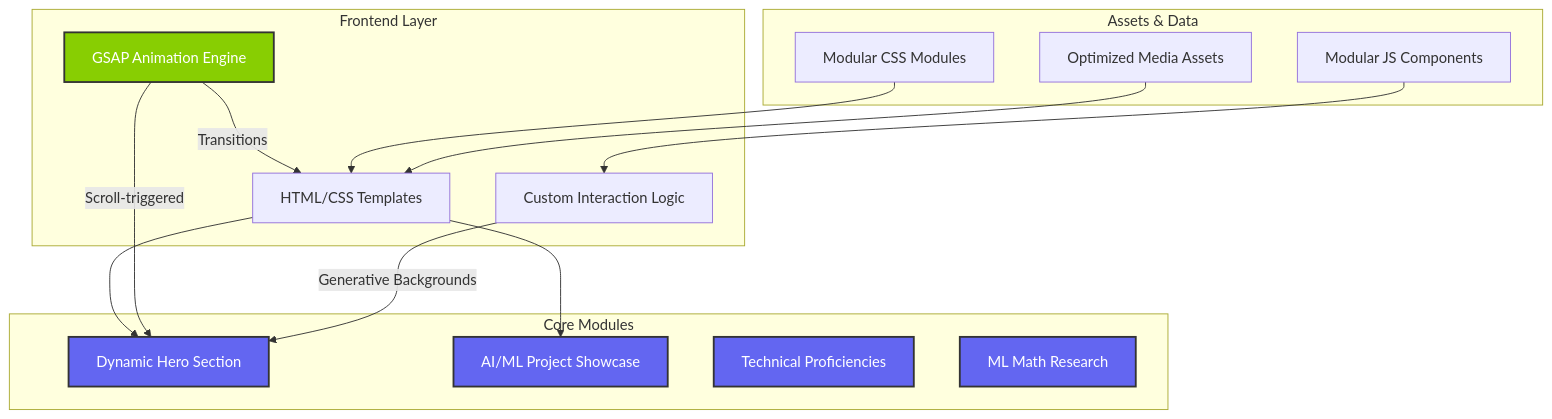
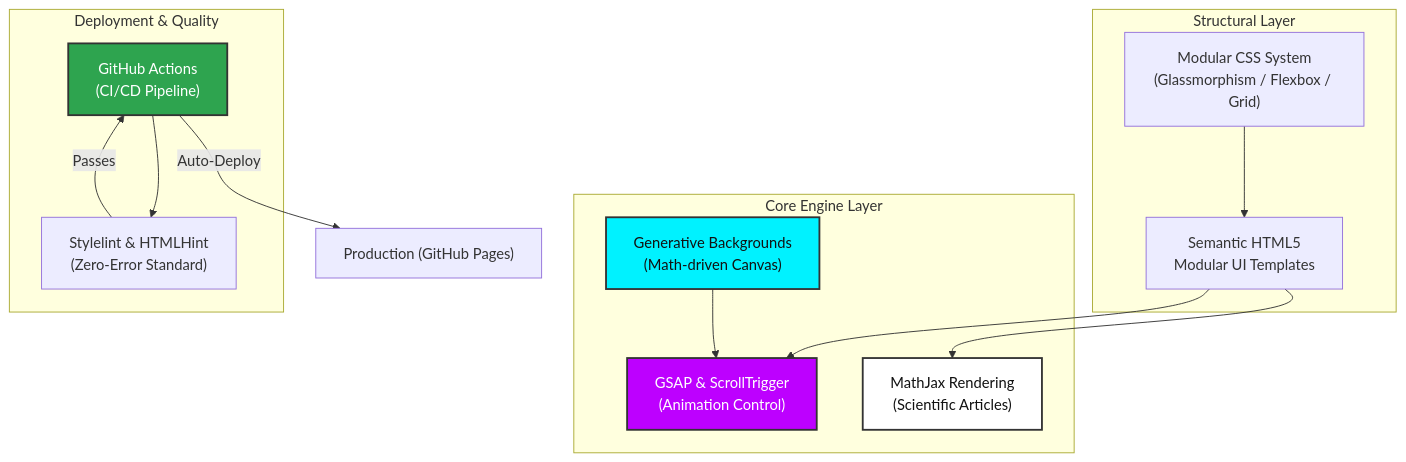
The first of 2 diagrams in README.md (Khanz9664/portfolio), drawn with Mermaid before and after one commit. The commit also changed other lines of this file, not shown here.

````diff
--- a/README.md
+++ b/README.md
@@ -35,36 +35,31 @@
 ```mermaid
 graph TD
-    subgraph "Frontend Layer"
-        UI["HTML/CSS Templates"]
-        GSAP["GSAP Animation Engine"]
-        JS["Custom Interaction Logic"]
+    subgraph "Core Engine Layer"
+        GSAP["GSAP & ScrollTrigger<br/>(Animation Control)"]
+        CanvasJS["Generative Backgrounds<br/>(Math-driven Canvas)"]
+        MathJax["MathJax Rendering<br/>(Scientific Articles)"]
     end
 
-    subgraph "Core Modules"
-        Hero["Dynamic Hero Section"]
-        Projects["AI/ML Project Showcase"]
-        Skills["Technical Proficiencies"]
-        Articles["ML Math Research"]
+    subgraph "Structural Layer"
+        HTML5["Semantic HTML5<br/>Modular UI Templates"]
+        CSS3["Modular CSS System<br/>(Glassmorphism / Flexbox / Grid)"]
     end
 
-    subgraph "Assets & Data"
-        Styles["Modular CSS Modules"]
-        Scripts["Modular JS Components"]
-        Images["Optimized Media Assets"]
+    subgraph "Deployment & Quality"
+        GHA["GitHub Actions<br/>(CI/CD Pipeline)"]
+        Lint["Stylelint & HTMLHint<br/>(Zero-Error Standard)"]
     end
 
-    UI --> Hero
-    UI --> Projects
-    GSAP --> |Scroll-triggered| Hero
-    GSAP --> |Transitions| UI
-    JS --> |Generative Backgrounds| Hero
-    Styles --> UI
-    Scripts --> JS
-    Images --> UI
+    HTML5 --> GSAP
+    HTML5 --> MathJax
+    CSS3 --> HTML5
+    CanvasJS --> GSAP
+    GHA --> Lint
+    Lint --> |Passes| GHA
+    GHA --> |Auto-Deploy| GH_Pages["Production (GitHub Pages)"]
 
-    style GSAP fill:#88ce02,stroke:#333,stroke-width:2px,color:#fff
-    style Hero fill:#6366f1,stroke:#333,stroke-width:2px,color:#fff
-    style Projects fill:#6366f1,stroke:#333,stroke-width:2px,color:#fff
-    style Skills fill:#6366f1,stroke:#333,stroke-width:2px,color:#fff
-    style Articles fill:#6366f1,stroke:#333,stroke-width:2px,color:#fff
+    style GSAP fill:#bd00ff,stroke:#333,stroke-width:2px,color:#fff
+    style CanvasJS fill:#00f2ff,stroke:#333,stroke-width:2px,color:#111
+    style GHA fill:#2ea44f,stroke:#333,stroke-width:2px,color:#fff
+    style MathJax fill:#fff,stroke:#333,stroke-width:2px,color:#111
 ```
````
